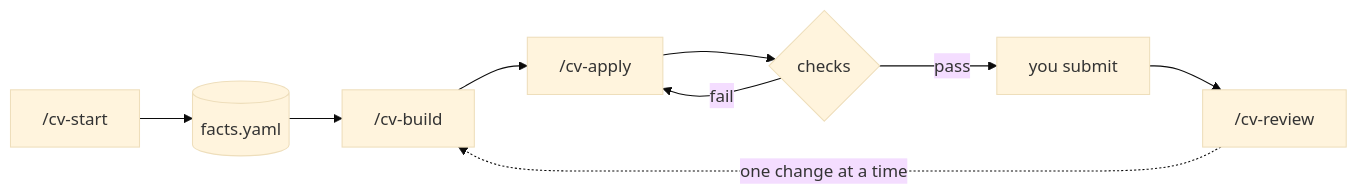
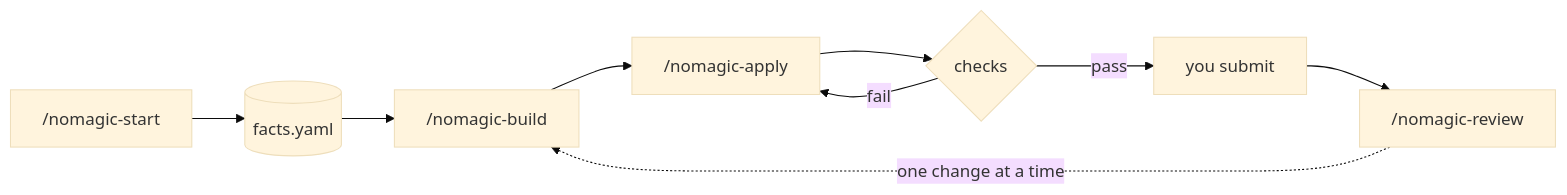
The diagram in README.md (naufal-nazar/nomagic-cv), drawn with Mermaid (base theme) before and after one commit. The commit also changed other lines of this file and 18 other files, not shown here.

````diff
--- a/README.md
+++ b/README.md
@@ -55,7 +55,7 @@
 ```mermaid
 flowchart LR
-    A["/cv-start"] --> B[("facts.yaml")] --> C["/cv-build"] --> D["/cv-apply"] --> E{checks}
-    E -- pass --> F["you submit"] --> G["/cv-review"]
+    A["/nomagic-start"] --> B[("facts.yaml")] --> C["/nomagic-build"] --> D["/nomagic-apply"] --> E{checks}
+    E -- pass --> F["you submit"] --> G["/nomagic-review"]
     E -- fail --> D
     G -. one change at a time .-> C
 ```
````
